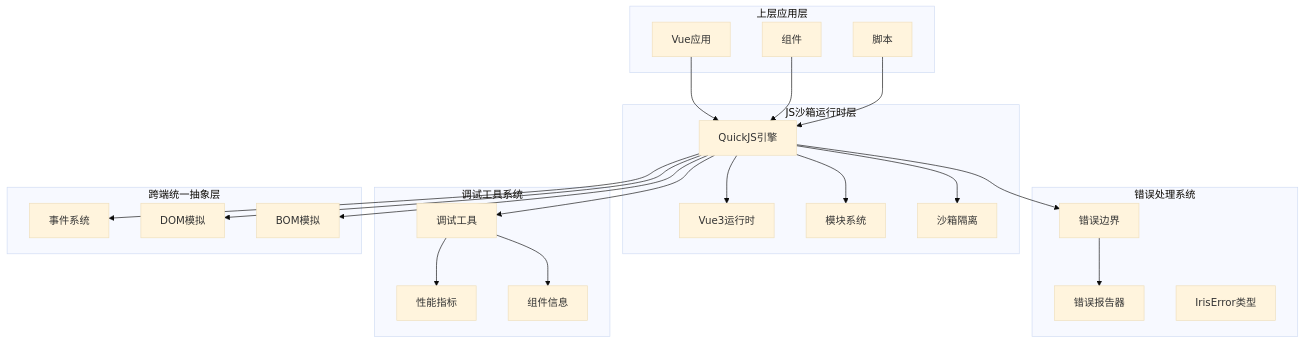
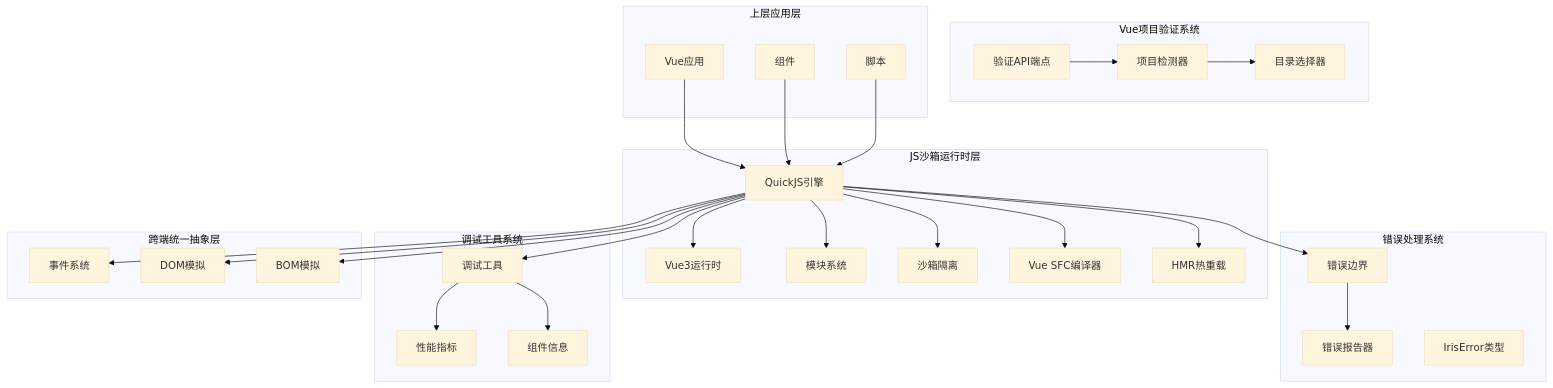
The second of 7 diagrams in .qoder/repowiki/zh/content/API参考手册/运行时API.md (itszzl-sudo/iris), drawn with Mermaid (base theme) before and after one commit. The commit also changed other lines of this file and 34 other files, not shown here.

````diff
--- a/.qoder/repowiki/zh/content/API参考手册/运行时API.md
+++ b/.qoder/repowiki/zh/content/API参考手册/运行时API.md
@@ -113,43 +132,54 @@
 ```mermaid
 graph TD
 subgraph "JS沙箱运行时层"
 QuickJS[QuickJS引擎]
 VueRuntime[Vue3运行时]
 ModuleSystem[模块系统]
 Sandbox[沙箱隔离]
+Compiler[Vue SFC编译器]
+HMR[HMR热重载]
+end
+subgraph "Vue项目验证系统"
+ValidateAPI[验证API端点]
+ProjectDetector[项目检测器]
+DirSelector[目录选择器]
 end
 subgraph "错误处理系统"
 ErrorBoundary[错误边界]
 ErrorReporter[错误报告器]
 IrisError[IrisError类型]
 end
 subgraph "调试工具系统"
 DevTools[调试工具]
 PerformanceMetrics[性能指标]
 ComponentInfo[组件信息]
 end
 subgraph "上层应用层"
 App[Vue应用]
 Components[组件]
 Scripts[脚本]
 end
 subgraph "跨端统一抽象层"
 Events[事件系统]
 DOMSim[DOM模拟]
 BOMSim[BOM模拟]
 end
 App --> QuickJS
 Components --> QuickJS
 Scripts --> QuickJS
 QuickJS --> VueRuntime
 QuickJS --> ModuleSystem
+QuickJS --> Compiler
+QuickJS --> HMR
 QuickJS --> Sandbox
 QuickJS --> Events
 QuickJS --> DOMSim
 QuickJS --> BOMSim
 QuickJS --> ErrorBoundary
 QuickJS --> DevTools
+ValidateAPI --> ProjectDetector
+ProjectDetector --> DirSelector
 ErrorBoundary --> ErrorReporter
 DevTools --> PerformanceMetrics
 DevTools --> ComponentInfo
 ```
````
